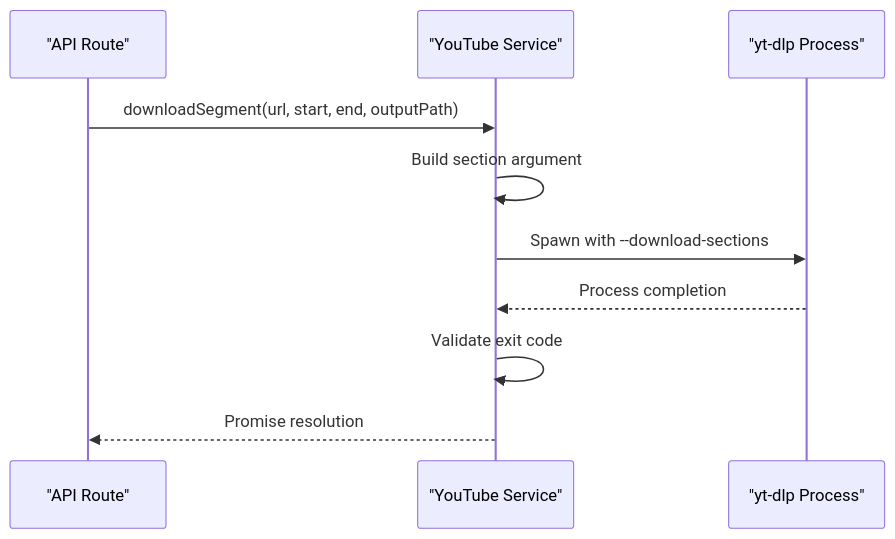
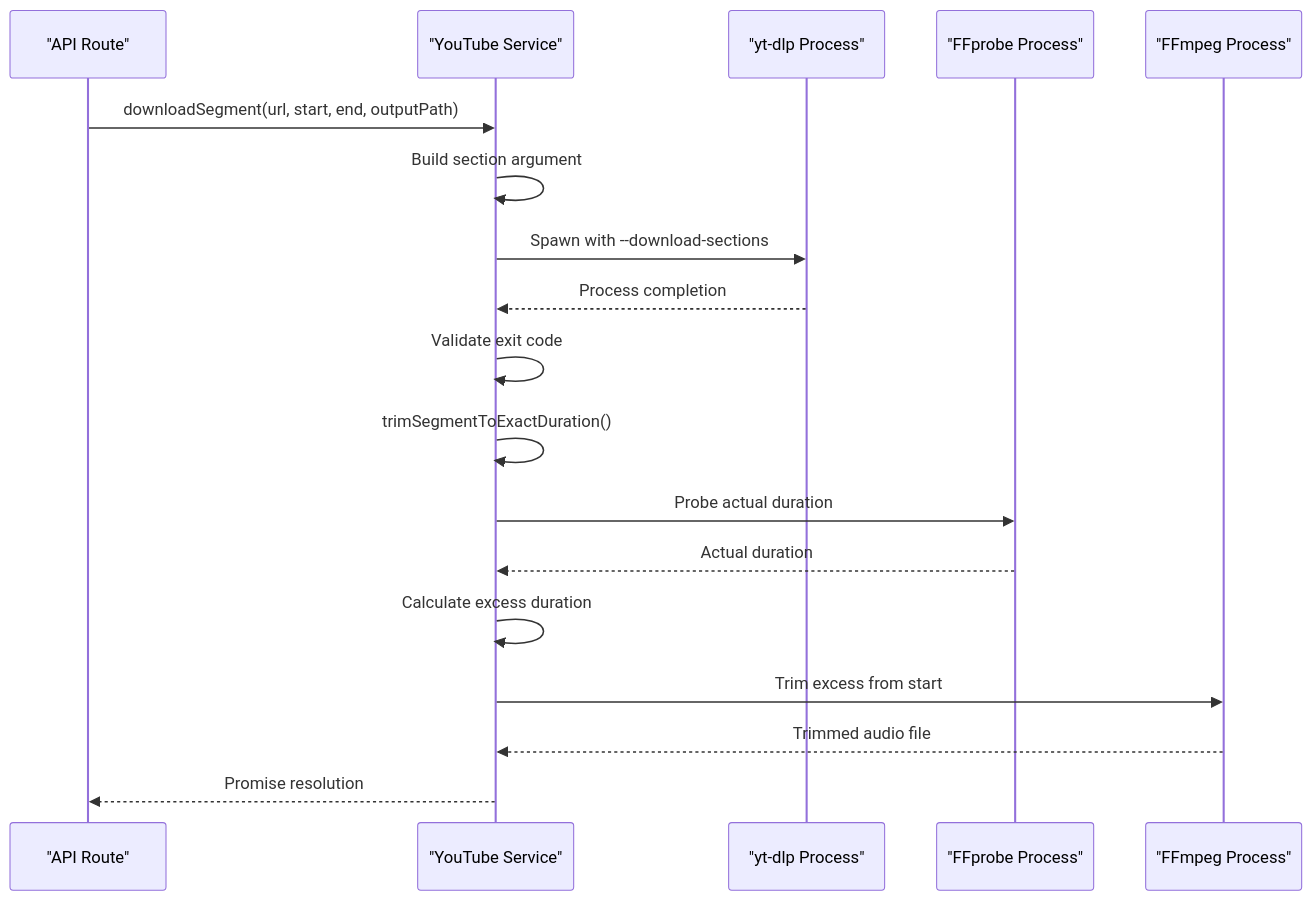
The fifth of 8 diagrams in .qoder/repowiki/en/content/Core Services Architecture/YouTube Integration Service.md (dkoukoul/kpop-random-dance-generator), drawn with Mermaid before and after one commit. The commit also changed other lines of this file and 6 other files, not shown here.

````diff
--- a/.qoder/repowiki/en/content/Core Services Architecture/YouTube Integration Service.md
+++ b/.qoder/repowiki/en/content/Core Services Architecture/YouTube Integration Service.md
@@ -192,12 +212,20 @@
 ```mermaid
 sequenceDiagram
 participant API as "API Route"
 participant YT as "YouTube Service"
 participant YTDLP as "yt-dlp Process"
+participant FFprobe as "FFprobe Process"
+participant FFmpeg as "FFmpeg Process"
 API->>YT : downloadSegment(url, start, end, outputPath)
 YT->>YT : Build section argument
 YT->>YTDLP : Spawn with --download-sections
 YTDLP-->>YT : Process completion
 YT->>YT : Validate exit code
+YT->>YT : trimSegmentToExactDuration()
+YT->>FFprobe : Probe actual duration
+FFprobe-->>YT : Actual duration
+YT->>YT : Calculate excess duration
+YT->>FFmpeg : Trim excess from start
+FFmpeg-->>YT : Trimmed audio file
 YT-->>API : Promise resolution
 ```
````
